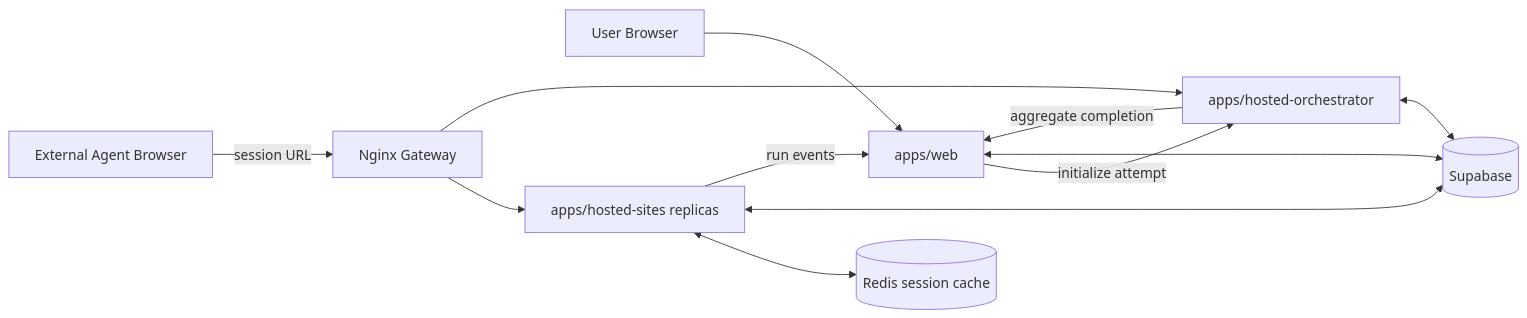
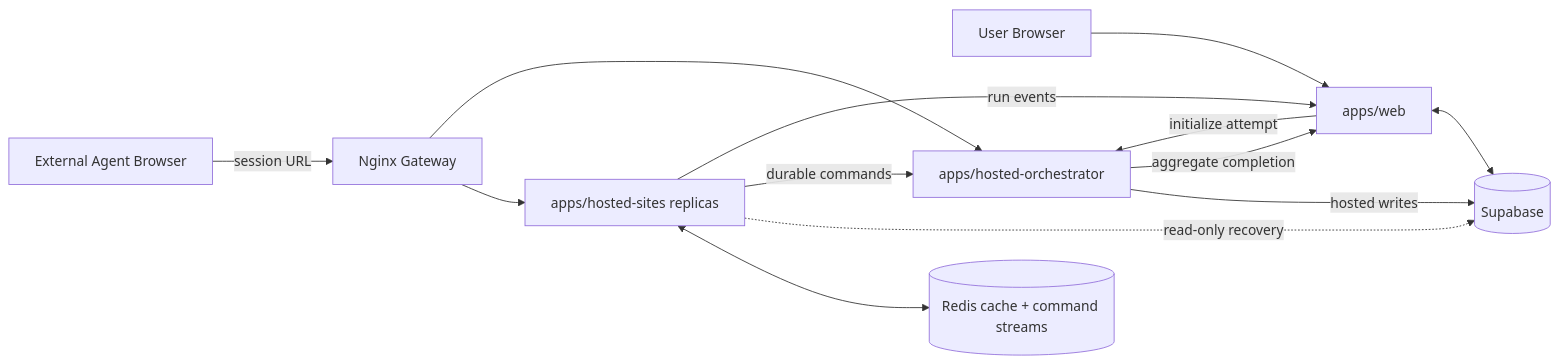
One commit to Kaiwen0418/agent-benchmark changed the diagram in README.md. Above: the diagram before and after it, drawn with Mermaid. The commit also changed 30 other files, not shown here.

Commit message:
feat: scale hosted orchestration with Redis streams

````diff
--- a/README.md
+++ b/README.md
@@ -38,14 +38,15 @@
 ```mermaid
 flowchart LR
   Agent["External Agent Browser"] -->|"session URL"| Gateway["Nginx Gateway"]
   User["User Browser"] --> Web["apps/web"]
   Web -->|"initialize attempt"| Orchestrator["apps/hosted-orchestrator"]
   Gateway --> Sites["apps/hosted-sites replicas"]
   Gateway --> Orchestrator
-  Sites <--> Redis[("Redis session cache")]
+  Sites <--> Redis[("Redis cache + command streams")]
   Web <--> DB[("Supabase")]
-  Sites <--> DB
-  Orchestrator <--> DB
+  Sites -.->|"read-only recovery"| DB
+  Sites -->|"durable commands"| Orchestrator
+  Orchestrator -->|"hosted writes"| DB
   Sites -->|"run events"| Web
   Orchestrator -->|"aggregate completion"| Web
 ```
````
